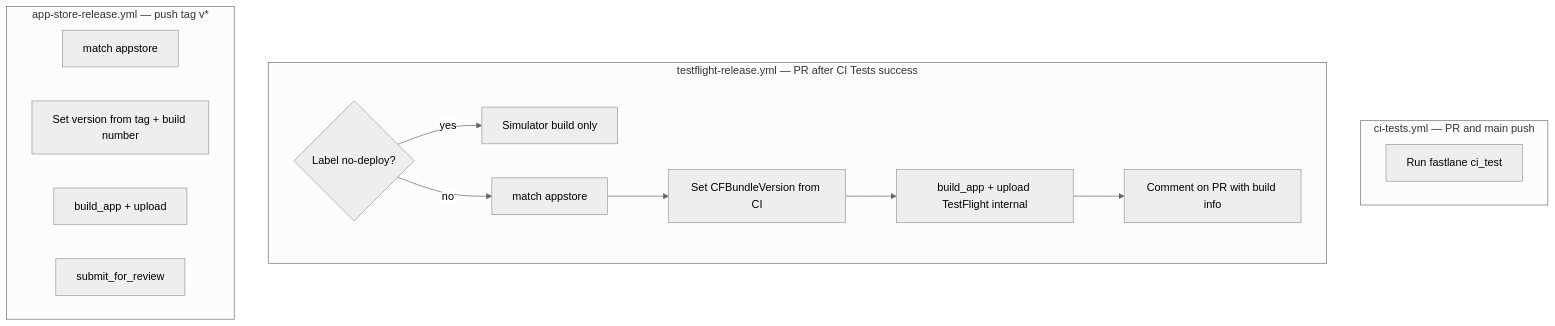
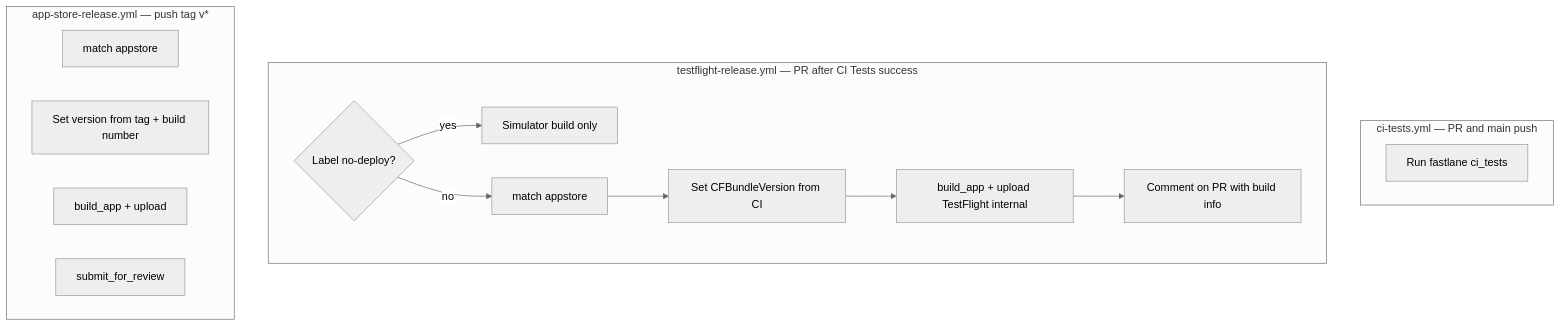
One commit to chriskelly/MusicWall changed the diagram in docs/specs/2026-05-24-ios-cicd-design.md. Above: the diagram before and after it, drawn with Mermaid (neutral theme). The commit also changed other lines of this file and 11 other files, not shown here.

````diff
--- a/docs/specs/2026-05-24-ios-cicd-design.md
+++ b/docs/specs/2026-05-24-ios-cicd-design.md
@@ -25,20 +25,20 @@
 ```mermaid
 flowchart TB
   subgraph ciTests [ci-tests.yml — PR and main push]
-    T[Run fastlane ci_test]
+    T[Run fastlane ci_tests]
   end
   subgraph preview [testflight-release.yml — PR after CI Tests success]
     A{Label no-deploy?}
     A -->|yes| B[Simulator build only]
     A -->|no| C[match appstore]
     C --> D[Set CFBundleVersion from CI]
     D --> E[build_app + upload TestFlight internal]
     E --> F[Comment on PR with build info]
   end
   subgraph release [app-store-release.yml — push tag v*]
     G[match appstore]
     H[Set version from tag + build number]
     I[build_app + upload]
     J[submit_for_review]
   end
 ```
````
